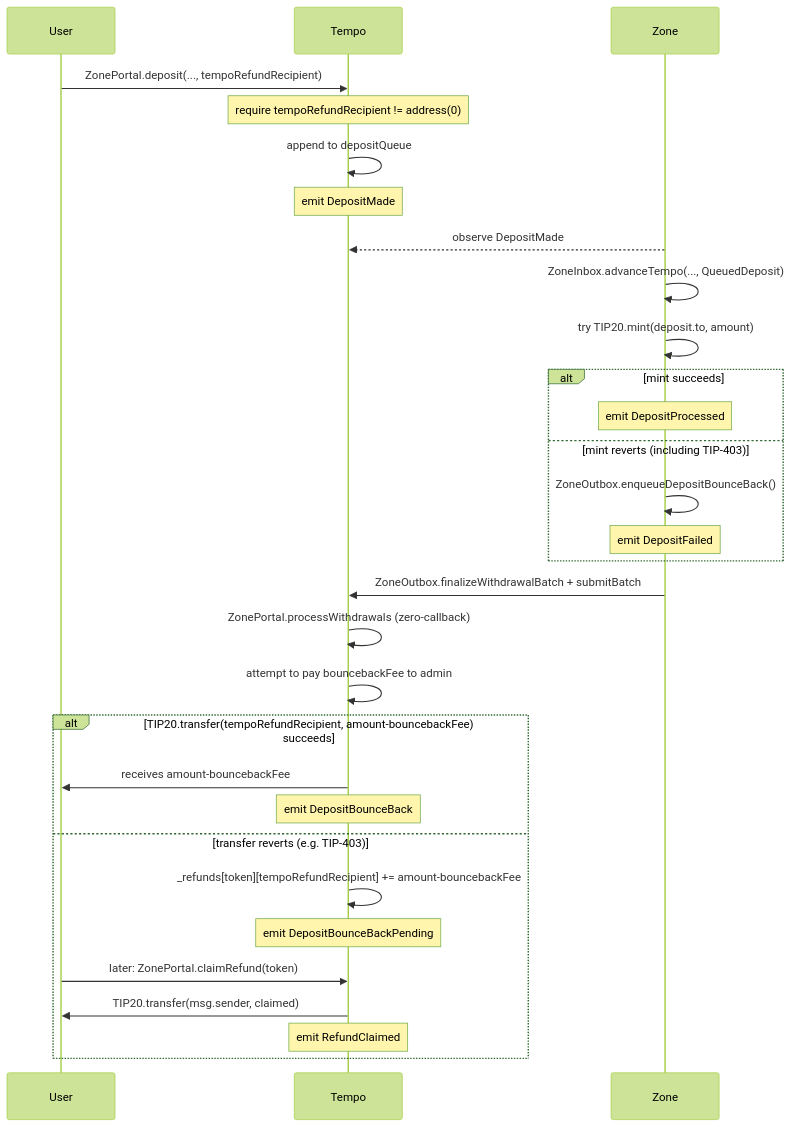
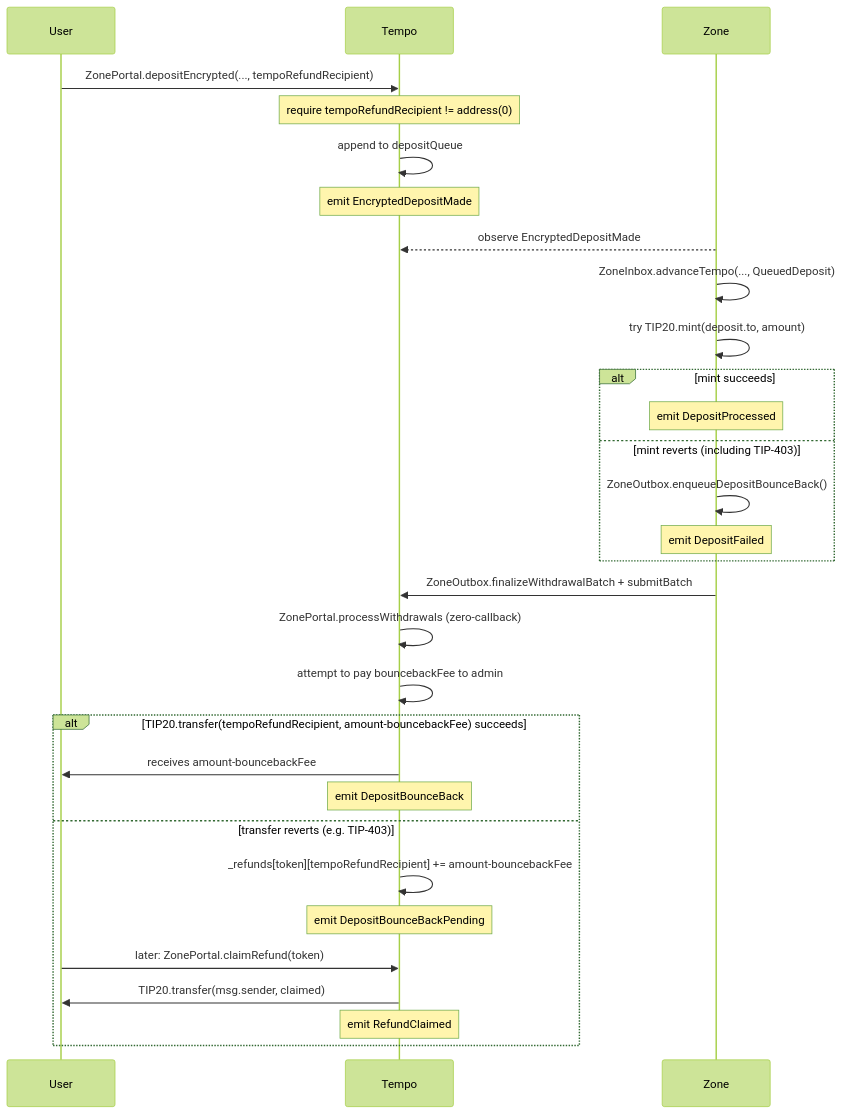
Before and after one commit to tempoxyz/zones: the third of 5 diagrams in specs/spec.md, drawn with Mermaid (forest theme). The commit also changed other lines of this file and 9 other files, not shown here.

````diff
--- a/specs/spec.md
+++ b/specs/spec.md
@@ -546,33 +513,33 @@
 ```mermaid
 sequenceDiagram
     participant U as User
     participant T as Tempo
     participant Z as Zone
 
-    U->>T: ZonePortal.deposit(..., tempoRefundRecipient)
+    U->>T: ZonePortal.depositEncrypted(..., tempoRefundRecipient)
     Note over T: require tempoRefundRecipient != address(0)
     T->>T: append to depositQueue
-    Note over T: emit DepositMade
-    Z-->>T: observe DepositMade
+    Note over T: emit EncryptedDepositMade
+    Z-->>T: observe EncryptedDepositMade
     Z->>Z: ZoneInbox.advanceTempo(..., QueuedDeposit)
     Z->>Z: try TIP20.mint(deposit.to, amount)
     alt mint succeeds
         Note over Z: emit DepositProcessed
     else mint reverts (including TIP-403)
         Z->>Z: ZoneOutbox.enqueueDepositBounceBack()
         Note over Z: emit DepositFailed
     end
     Z->>T: ZoneOutbox.finalizeWithdrawalBatch + submitBatch
     T->>T: ZonePortal.processWithdrawals (zero-callback)
     T->>T: attempt to pay bouncebackFee to admin
     alt TIP20.transfer(tempoRefundRecipient, amount-bouncebackFee) succeeds
         T->>U: receives amount-bouncebackFee
         Note over T: emit DepositBounceBack
     else transfer reverts (e.g. TIP-403)
         T->>T: _refunds[token][tempoRefundRecipient] += amount-bouncebackFee
         Note over T: emit DepositBounceBackPending
         U->>T: later: ZonePortal.claimRefund(token)
         T->>U: TIP20.transfer(msg.sender, claimed)
         Note over T: emit RefundClaimed
     end
 ```
````
